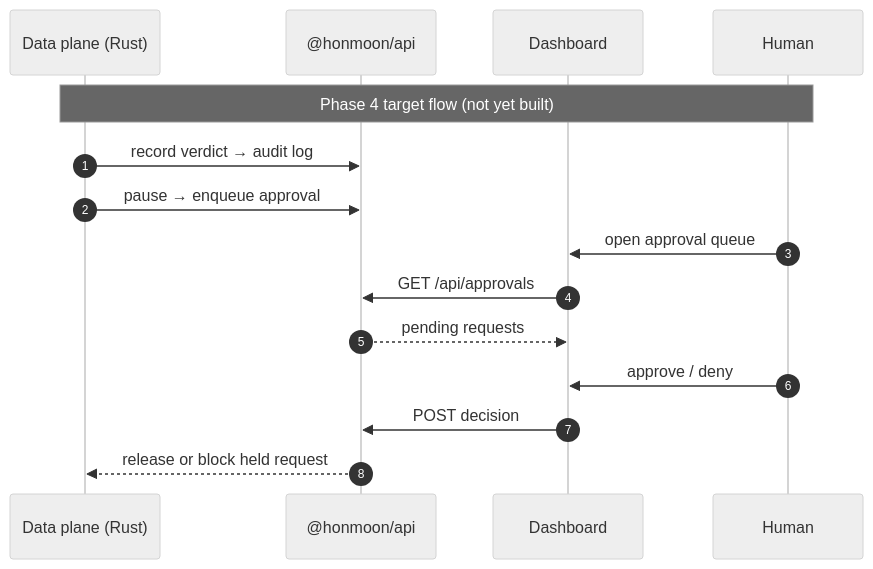
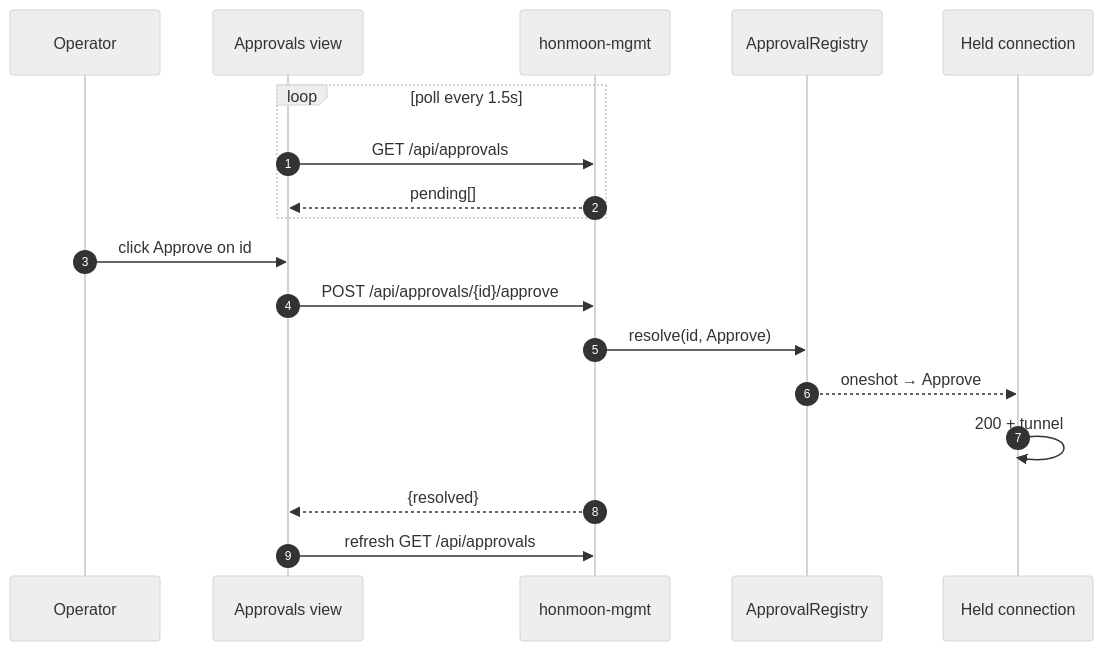
Before and after one commit to pleaseai/honmoon: the third of 3 diagrams in wiki/deep-dive/control-plane.md, drawn with Mermaid (neutral theme). The commit also changed other lines of this file and 19 other files, not shown here.

Commit message:
docs(wiki): refresh for Phase 4 (pause approval, audit log, dashboard, honmoon-mgmt)

````diff
--- a/wiki/deep-dive/control-plane.md
+++ b/wiki/deep-dive/control-plane.md
@@ -141,17 +116,20 @@
 ```mermaid
 sequenceDiagram
   autonumber
-  participant DP as Data plane (Rust)
-  participant API as @honmoon/api
-  participant DASH as Dashboard
-  participant Human
-  Note over DP,Human: Phase 4 target flow (not yet built)
-  DP->>API: record verdict → audit log
-  DP->>API: pause → enqueue approval
-  Human->>DASH: open approval queue
-  DASH->>API: GET /api/approvals
-  API-->>DASH: pending requests
-  Human->>DASH: approve / deny
-  DASH->>API: POST decision
-  API-->>DP: release or block held request
+  participant Op as Operator
+  participant UI as Approvals view
+  participant API as honmoon-mgmt
+  participant Reg as ApprovalRegistry
+  participant Conn as Held connection
+  loop poll every 1.5s
+    UI->>API: GET /api/approvals
+    API-->>UI: pending[]
+  end
+  Op->>UI: click Approve on id
+  UI->>API: POST /api/approvals/{id}/approve
+  API->>Reg: resolve(id, Approve)
+  Reg-->>Conn: oneshot → Approve
+  Conn->>Conn: 200 + tunnel
+  API-->>UI: {resolved}
+  UI->>API: refresh GET /api/approvals
 ```
````
